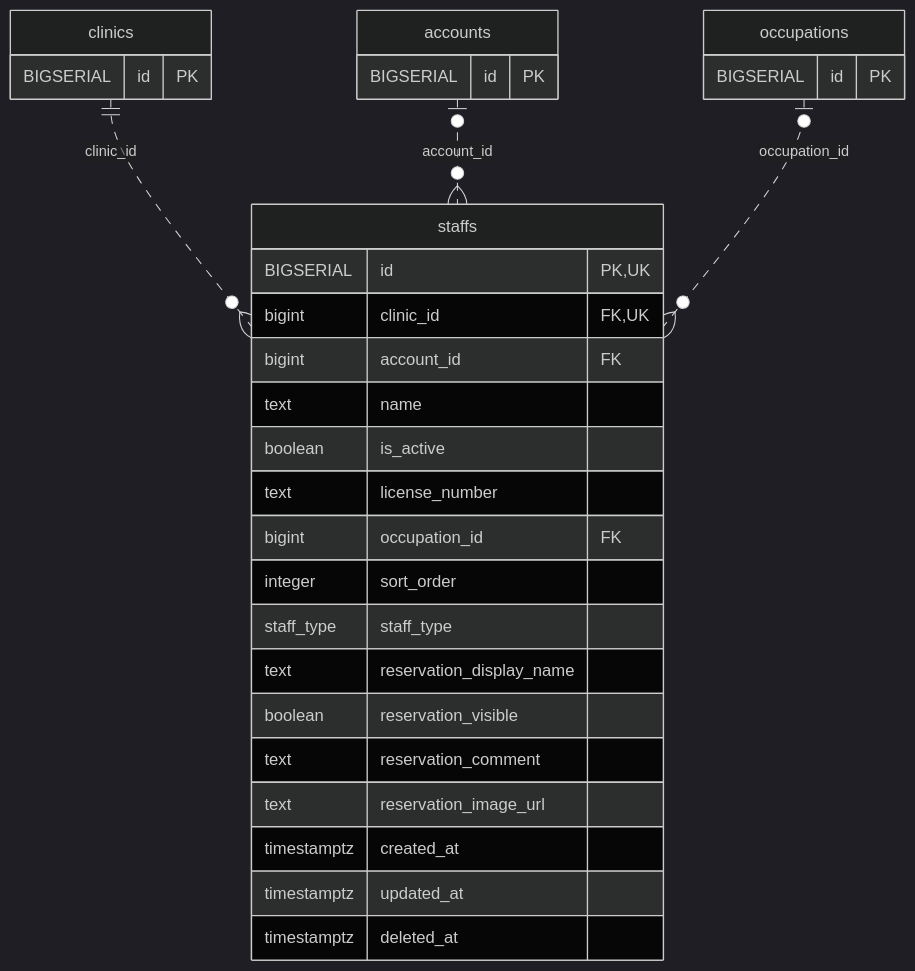
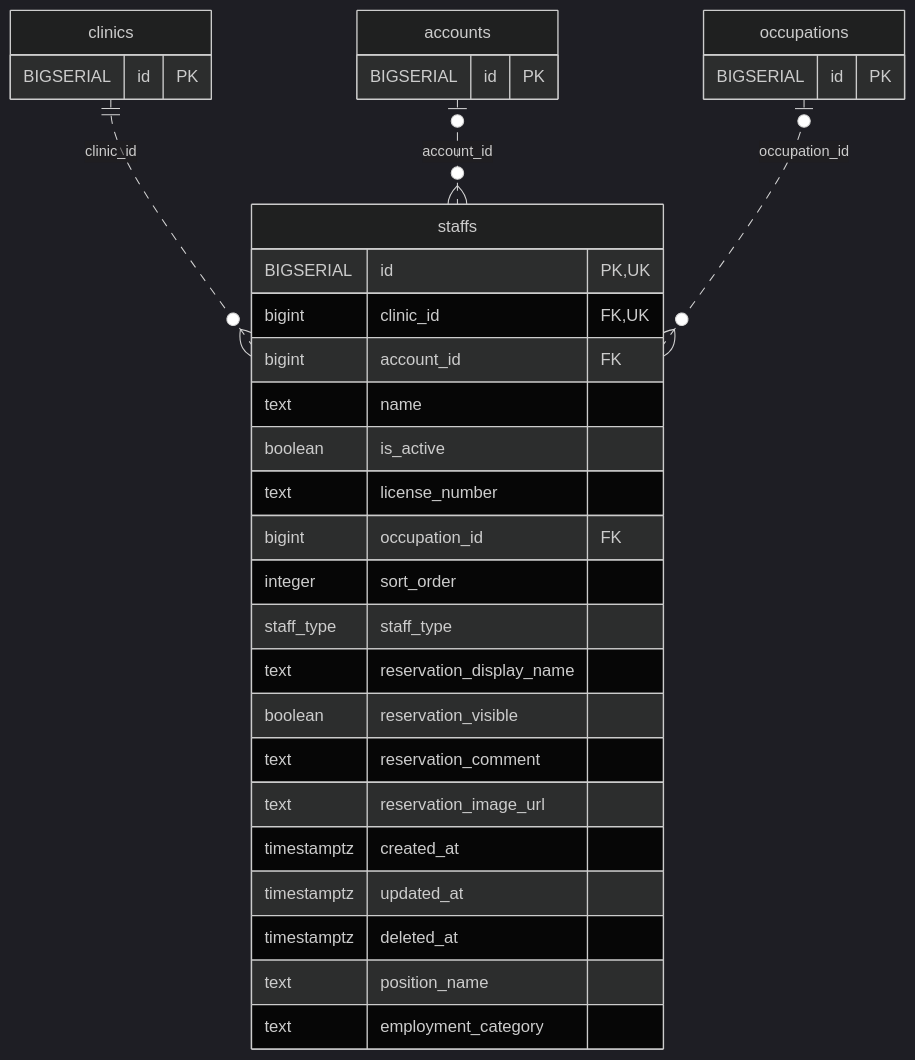
One commit to MinoruSoga/AnimalEkarte changed the diagram in docs/architecture/erd-detail/staffs.md. Above: the diagram before and after it, drawn with Mermaid (dark theme). The commit also changed other lines of this file and 131 other files, not shown here.

````diff
--- a/docs/architecture/erd-detail/staffs.md
+++ b/docs/architecture/erd-detail/staffs.md
@@ -39,33 +41,35 @@
 ```mermaid
 erDiagram
     staffs {
         BIGSERIAL id PK,UK
         bigint clinic_id FK,UK
         bigint account_id FK
         text name
         boolean is_active
         text license_number
         bigint occupation_id FK
         integer sort_order
         staff_type staff_type
         text reservation_display_name
         boolean reservation_visible
         text reservation_comment
         text reservation_image_url
         timestamptz created_at
         timestamptz updated_at
         timestamptz deleted_at
+        text position_name
+        text employment_category
     }
     accounts {
         BIGSERIAL id PK
     }
     clinics {
         BIGSERIAL id PK
     }
     occupations {
         BIGSERIAL id PK
     }
     clinics ||..o{ staffs : "clinic_id"
     accounts o|..o{ staffs : "account_id"
     occupations o|..o{ staffs : "occupation_id"
 ```
````
